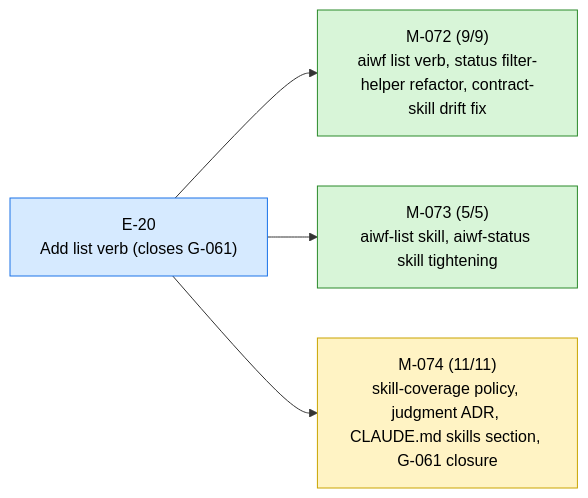
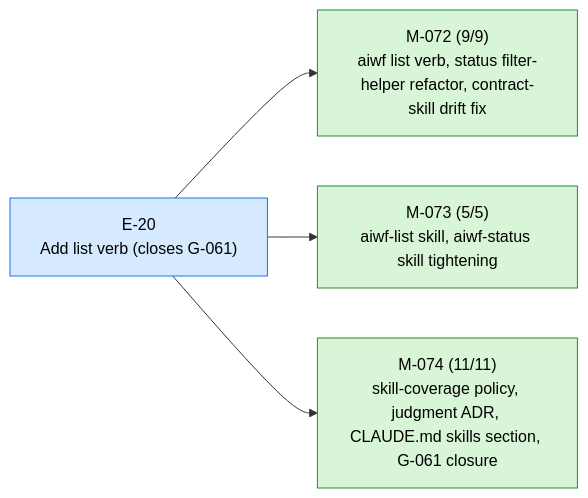
Before and after one commit to 23min/aiwf: the first of 2 diagrams in STATUS.md, drawn with Mermaid. The commit also changed other lines of this file and 1 other file, not shown here.

First line of the commit message:
aiwf promote M-074 in_progress -> done

````diff
--- a/STATUS.md
+++ b/STATUS.md
@@ -13,16 +13,16 @@
 ```mermaid
 flowchart LR
   E_20["E-20<br/>Add list verb (closes G-061)"]:::epic_active
   M_072["M-072 (9/9)<br/>aiwf list verb, status filter-helper refactor, contract-skill drift fix"]:::ms_done
   E_20 --> M_072
   M_073["M-073 (5/5)<br/>aiwf-list skill, aiwf-status skill tightening"]:::ms_done
   E_20 --> M_073
-  M_074["M-074 (11/11)<br/>skill-coverage policy, judgment ADR, CLAUDE.md skills section, G-061 closure"]:::ms_in_progress
+  M_074["M-074 (11/11)<br/>skill-coverage policy, judgment ADR, CLAUDE.md skills section, G-061 closure"]:::ms_done
   E_20 --> M_074
   classDef epic_active fill:#d6eaff,stroke:#1a73e8,color:#000
   classDef epic_proposed fill:#f4f4f4,stroke:#888,color:#000
   classDef ms_done fill:#d8f5d8,stroke:#2a8a2a,color:#000
   classDef ms_in_progress fill:#fff3c4,stroke:#caa400,color:#000
   classDef ms_draft fill:#f4f4f4,stroke:#888,color:#000
   classDef ms_cancelled fill:#fbeaea,stroke:#c33,color:#000
 ```
````
